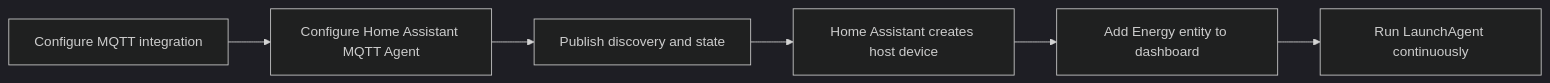
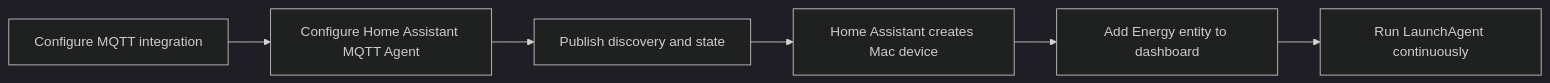
One commit to marcomc/ha-mqtt-agent changed the diagram in docs/home-assistant-setup.md. Above: the diagram before and after it, drawn with Mermaid (dark theme). The commit also changed other lines of this file and 5 other files, not shown here.

Commit message:
feat: update documentation and changelog for clarity; refine roadmap and TODO structure

````diff
--- a/docs/home-assistant-setup.md
+++ b/docs/home-assistant-setup.md
@@ -24,10 +26,10 @@
 ```mermaid
 flowchart LR
   accTitle: Home Assistant setup flow
   accDescr: Shows the setup path from MQTT integration to Energy dashboard.
   mqtt["Configure MQTT integration"] --> config["Configure Home Assistant MQTT Agent"]
   config --> publish["Publish discovery and state"]
-  publish --> device["Home Assistant creates host device"]
+  publish --> device["Home Assistant creates Mac device"]
   device --> energy["Add Energy entity to dashboard"]
   energy --> agent["Run LaunchAgent continuously"]
 ```
````
